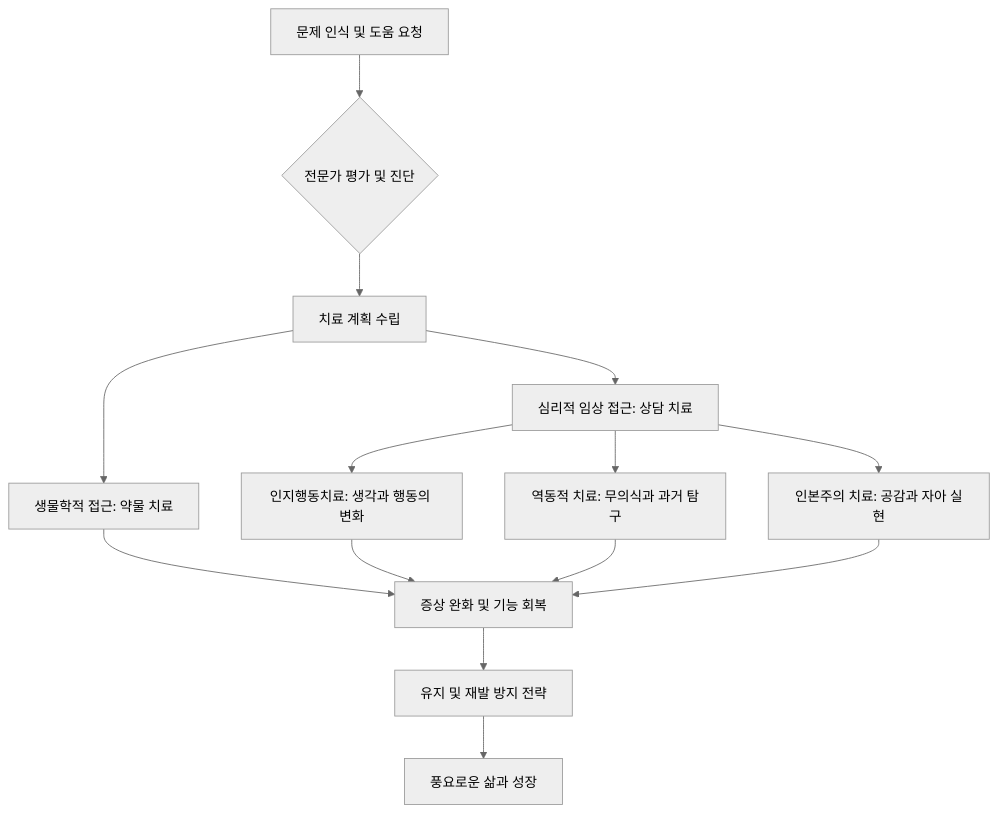
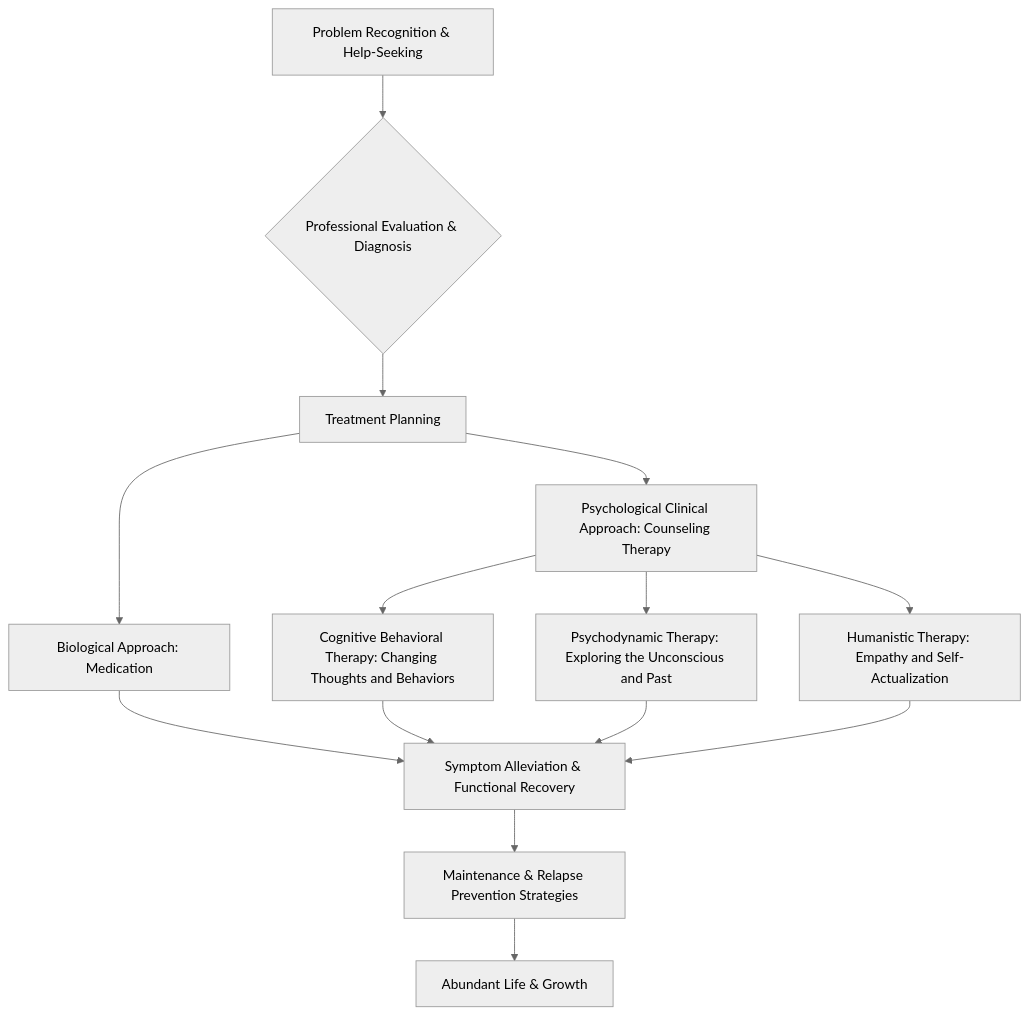
Before and after one commit to yuli3/wiki-oiyo: the diagram in src/content/blog/en/education-psychology-ch5.mdx, drawn with Mermaid (neutral theme). The commit also changed other lines of this file and 427 other files, not shown here.

````diff
--- a/src/content/blog/en/education-psychology-ch5.mdx
+++ b/src/content/blog/en/education-psychology-ch5.mdx
@@ -63,16 +61,16 @@
 ```mermaid
 graph TD
-    A[문제 인식 및 도움 요청] --> B{전문가 평가 및 진단}
-    B --> C[치료 계획 수립]
-    C --> D[생물학적 접근: 약물 치료]
-    C --> E[심리적 임상 접근: 상담 치료]
-    E --> E1[인지행동치료: 생각과 행동의 변화]
-    E --> E2[역동적 치료: 무의식과 과거 탐구]
-    E --> E3[인본주의 치료: 공감과 자아 실현]
-    D --> F[증상 완화 및 기능 회복]
+    A[Problem Recognition & Help-Seeking] --> B{Professional Evaluation & Diagnosis}
+    B --> C[Treatment Planning]
+    C --> D[Biological Approach: Medication]
+    C --> E[Psychological Clinical Approach: Counseling Therapy]
+    E --> E1[Cognitive Behavioral Therapy: Changing Thoughts and Behaviors]
+    E --> E2[Psychodynamic Therapy: Exploring the Unconscious and Past]
+    E --> E3[Humanistic Therapy: Empathy and Self-Actualization]
+    D --> F[Symptom Alleviation & Functional Recovery]
     E1 --> F
     E2 --> F
     E3 --> F
-    F --> G[유지 및 재발 방지 전략]
-    G --> H[풍요로운 삶과 성장]
+    F --> G[Maintenance & Relapse Prevention Strategies]
+    G --> H[Abundant Life & Growth]
 ```
````
